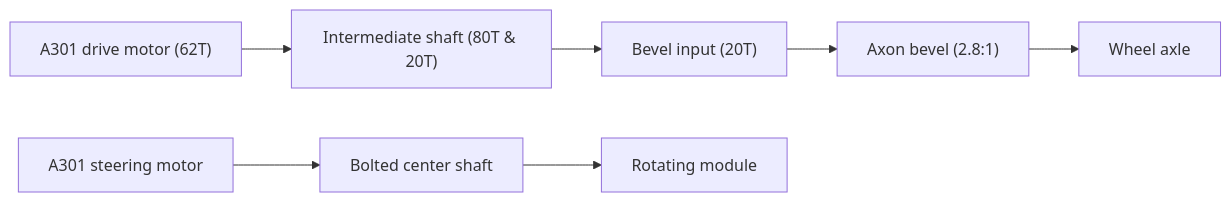
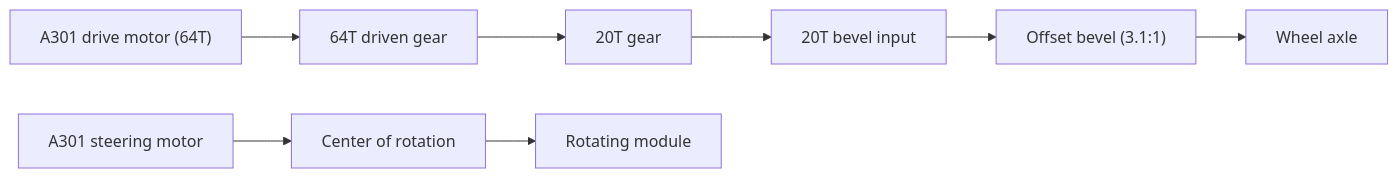
Before and after one commit to NYC-FIRST/SystemcoreTesting: the diagram in CAD Models/A301 Swerve Module/README.md, drawn with Mermaid. The commit also changed other lines of this file and 14 other files, not shown here.

````diff
--- a/CAD Models/A301 Swerve Module/README.md
+++ b/CAD Models/A301 Swerve Module/README.md
@@ -23,10 +26,11 @@
 ```mermaid
 flowchart LR
-    DRIVE["A301 drive motor (62T)"] --> INTERMEDIATE["Intermediate shaft (80T & 20T)"]
-    INTERMEDIATE --> BEVEL_IN["Bevel input (20T)"]
-    BEVEL_IN --> BEVEL["Axon bevel (2.8:1)"]
+    DRIVE["A301 drive motor (64T)"] --> FIRST["64T driven gear"]
+    FIRST --> SECOND["20T gear"]
+    SECOND --> BEVEL_IN["20T bevel input"]
+    BEVEL_IN --> BEVEL["Offset bevel (3.1:1)"]
     BEVEL --> WHEEL["Wheel axle"]
 
-    THETA["A301 steering motor"] --> SHAFT["Bolted center shaft"]
-    SHAFT --> MODULE["Rotating module"]
+    STEER["A301 steering motor"] --> CENTER["Center of rotation"]
+    CENTER --> MODULE["Rotating module"]
 ```
````
